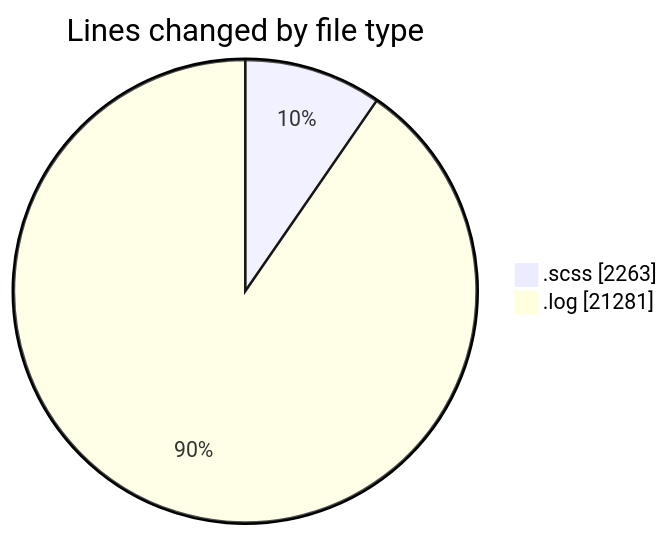
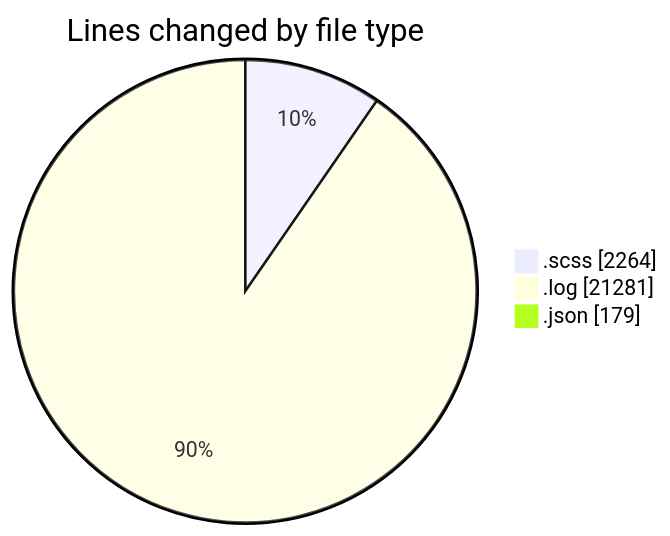
The first of 2 diagrams in 2026-01-21/cda/README.md (momahboobian/code-tracking), drawn with Mermaid before and after one commit. The commit also changed other lines of this file and 1 other file, not shown here.

````diff
--- a/2026-01-21/cda/README.md
+++ b/2026-01-21/cda/README.md
@@ -30,6 +31,7 @@
 ```mermaid
 pie showData
 title Lines changed by file type
-".scss" : 2263
+".scss" : 2264
 ".log" : 21281
+".json" : 179
 ```
````
